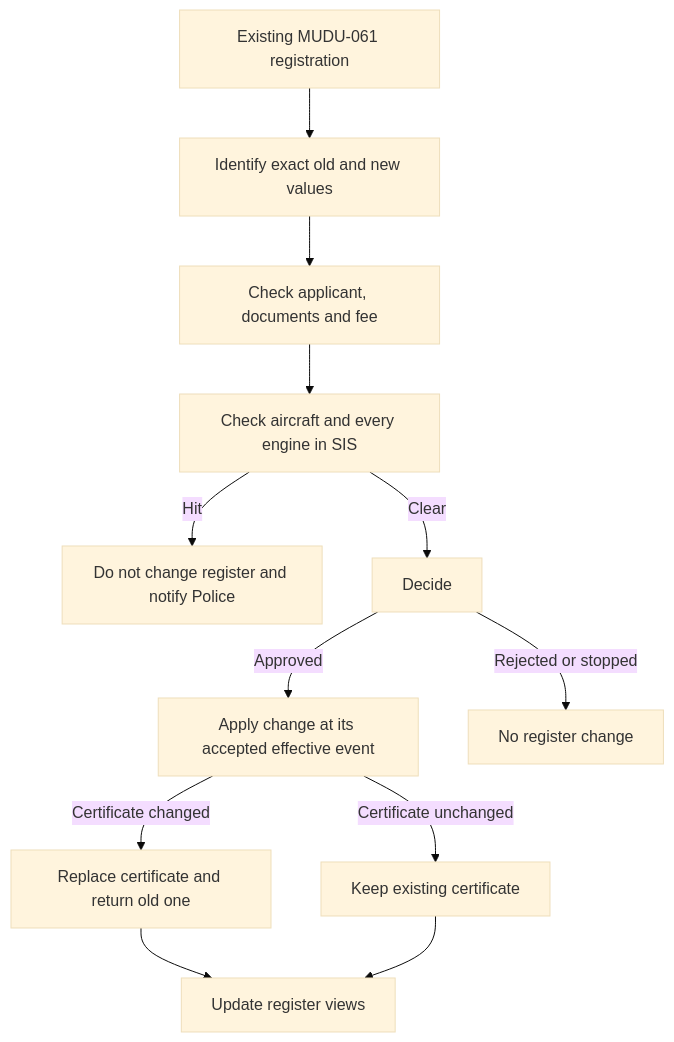
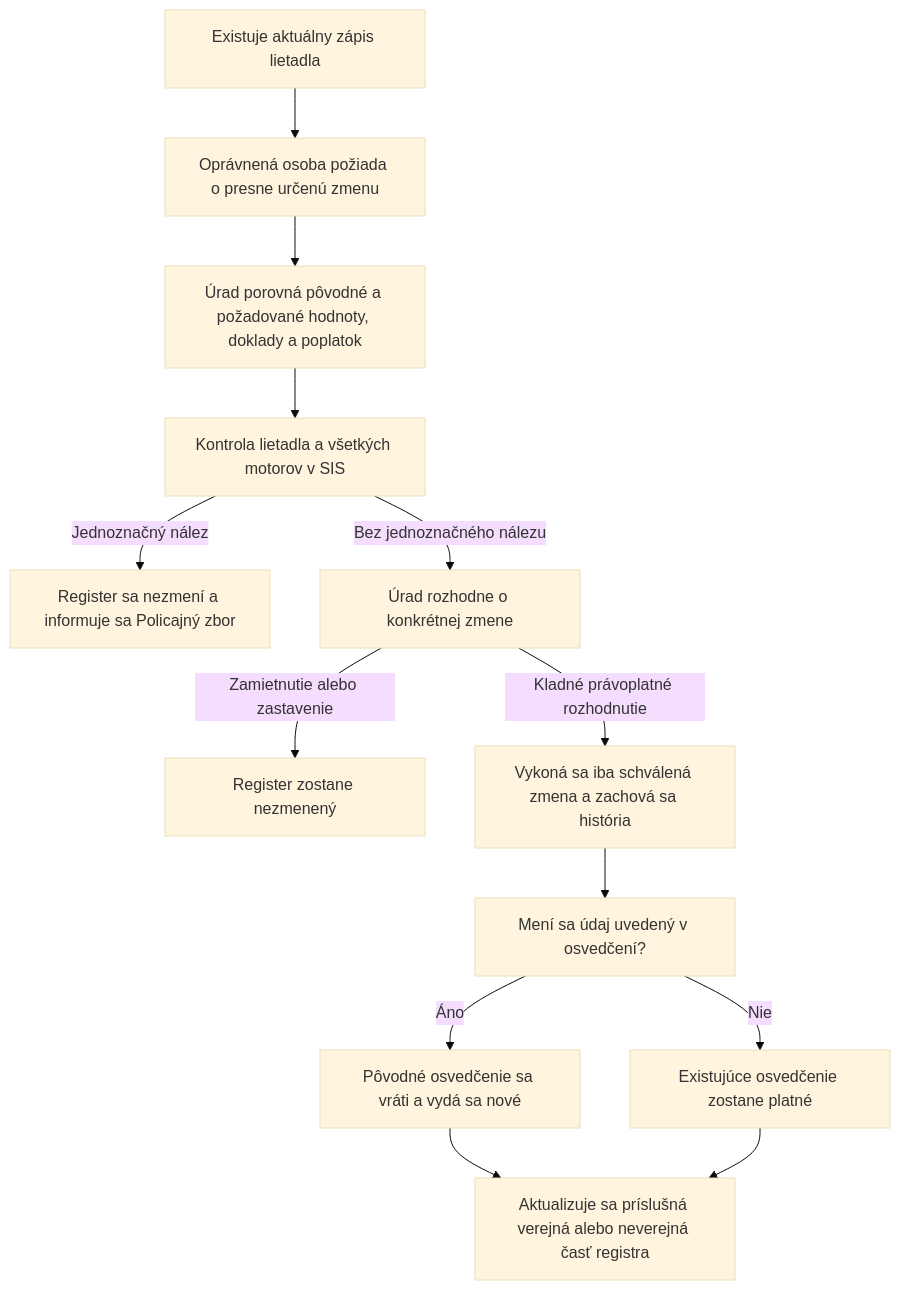
One commit to fixerivan/mudu-process-definition-standard changed the diagram in examples/MUDU-062/graph.md. Above: the diagram before and after it, drawn with Mermaid (base theme). The commit also changed other lines of this file and 10 other files, not shown here.

````diff
--- a/examples/MUDU-062/graph.md
+++ b/examples/MUDU-062/graph.md
@@ -5,14 +9,15 @@
 ```mermaid
 graph TD
-    A["Existing MUDU-061 registration"] --> B["Identify exact old and new values"]
-    B --> C["Check applicant, documents and fee"]
-    C --> D["Check aircraft and every engine in SIS"]
-    D -->|Hit| X["Do not change register and notify Police"]
-    D -->|Clear| E["Decide"]
-    E -->|Approved| F["Apply change at its accepted effective event"]
-    E -->|Rejected or stopped| Y["No register change"]
-    F -->|Certificate changed| G["Replace certificate and return old one"]
-    F -->|Certificate unchanged| H["Keep existing certificate"]
-    G --> I["Update register views"]
-    H --> I
+    A["Existuje aktuálny zápis lietadla"] --> B["Oprávnená osoba požiada o presne určenú zmenu"]
+    B --> C["Úrad porovná pôvodné a požadované hodnoty, doklady a poplatok"]
+    C --> D["Kontrola lietadla a všetkých motorov v SIS"]
+    D -->|Jednoznačný nález| X["Register sa nezmení a informuje sa Policajný zbor"]
+    D -->|Bez jednoznačného nálezu| E["Úrad rozhodne o konkrétnej zmene"]
+    E -->|Zamietnutie alebo zastavenie| Y["Register zostane nezmenený"]
+    E -->|Kladné právoplatné rozhodnutie| F["Vykoná sa iba schválená zmena a zachová sa história"]
+    F --> G["Mení sa údaj uvedený v osvedčení?"]
+    G -->|Áno| H["Pôvodné osvedčenie sa vráti a vydá sa nové"]
+    G -->|Nie| I["Existujúce osvedčenie zostane platné"]
+    H --> J["Aktualizuje sa príslušná verejná alebo neverejná časť registra"]
+    I --> J
 ```
````
